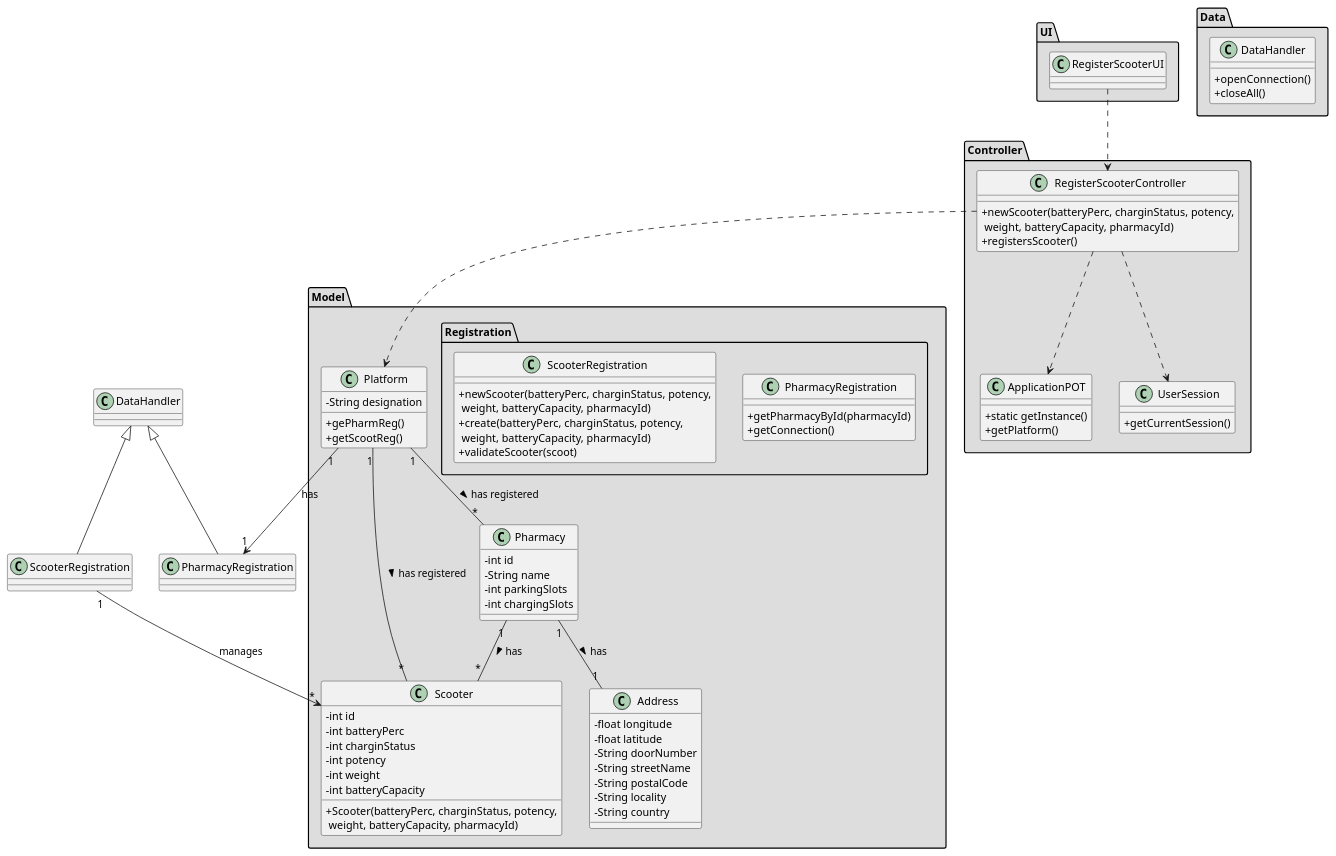
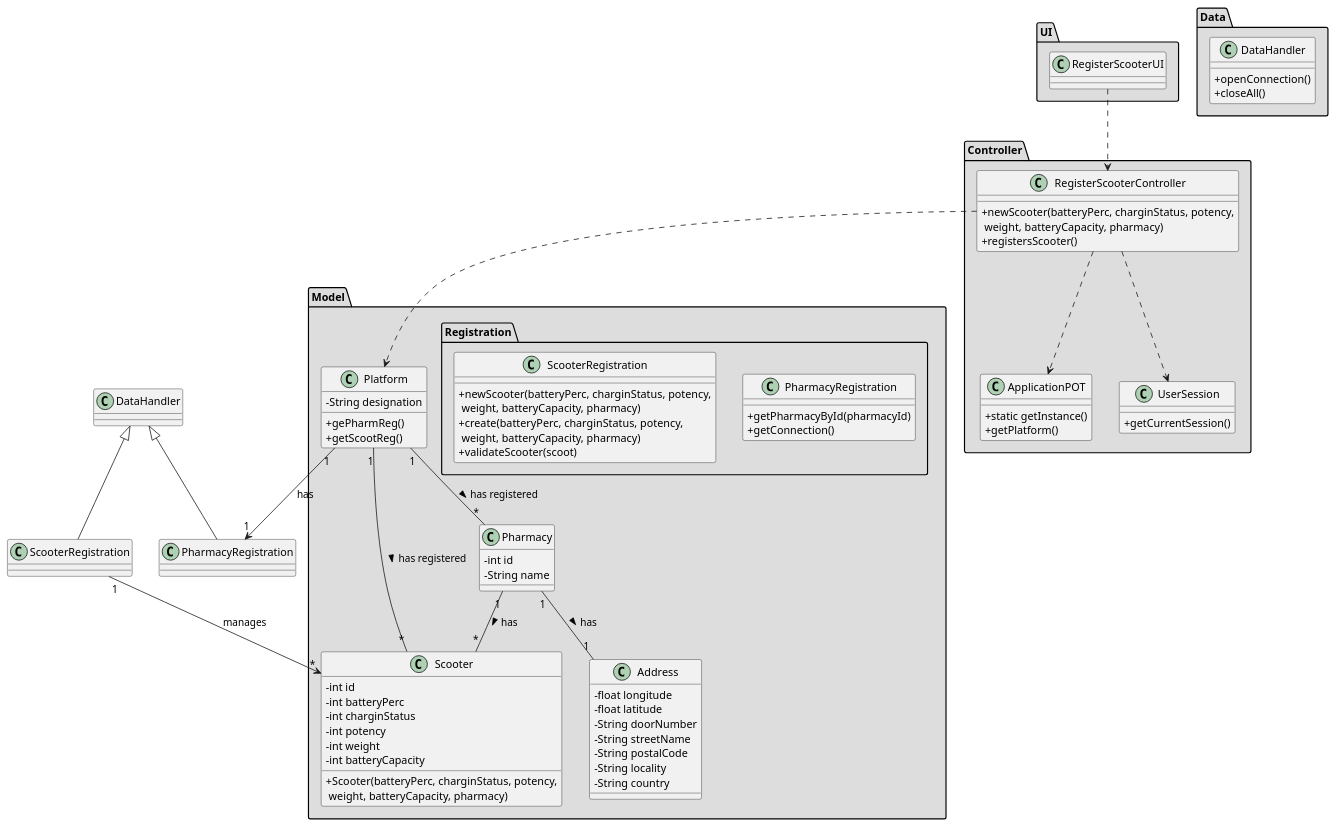
One commit to tiagoavcosta25/LAPR3 changed the diagram in docs/Iteration 1/Scooter Management/US21_RegisterScooter/US21_CD.puml. Above: the diagram before and after it, drawn with PlantUML. The commit also changed 10 other files, not shown here.

```diff
--- a/docs/Iteration 1/Scooter Management/US21_RegisterScooter/US21_CD.puml
+++ b/docs/Iteration 1/Scooter Management/US21_RegisterScooter/US21_CD.puml
@@ -1,104 +1,102 @@
 @startuml
 skinparam classAttributeIconSize 0
 
 package "UI" #DDDDDD {
 class RegisterScooterUI{
 
 }
 }
 
 
 package "Controller" #DDDDDD {
 class RegisterScooterController{
-+newScooter(batteryPerc, charginStatus, potency,\n weight, batteryCapacity, pharmacyId)
++newScooter(batteryPerc, charginStatus, potency,\n weight, batteryCapacity, pharmacy)
 +registersScooter()
 }
 
 class ApplicationPOT
 {
   +static getInstance()
   +getPlatform()
 }
 
 class UserSession
 {
   +getCurrentSession()
 }
 }
 
 
 package "Model" #DDDDDD {
 class Platform {
   -String designation
   +gePharmReg()
   +getScootReg()
 }
 package "Registration" #DDDDDD {
  class PharmacyRegistration{
      +getPharmacyById(pharmacyId)
      +getConnection()
  }
 
  class ScooterRegistration{
-      +newScooter(batteryPerc, charginStatus, potency,\n weight, batteryCapacity, pharmacyId)
-      +create(batteryPerc, charginStatus, potency,\n weight, batteryCapacity, pharmacyId)
+      +newScooter(batteryPerc, charginStatus, potency,\n weight, batteryCapacity, pharmacy)
+      +create(batteryPerc, charginStatus, potency,\n weight, batteryCapacity, pharmacy)
       +validateScooter(scoot)
   }
  }
 }
 
 package "Model" #DDDDDD {
 class Scooter{
   -int id
   -int batteryPerc
   -int charginStatus
   -int potency
   -int weight
   -int batteryCapacity
-  +Scooter(batteryPerc, charginStatus, potency,\n weight, batteryCapacity, pharmacyId)
+  +Scooter(batteryPerc, charginStatus, potency,\n weight, batteryCapacity, pharmacy)
 }
 
 class Address{
   -float longitude
   -float latitude
   -String doorNumber
   -String streetName
   -String postalCode
   -String locality
   -String country
 }
 
 class Pharmacy {
   -int id
   -String name
-  -int parkingSlots
-  -int chargingSlots
 }
 
 }
 
 
 package "Data" #DDDDDD {
 class DataHandler{
     +openConnection()
     +closeAll()
 }
 }
 
 class PharmacyRegistration extends DataHandler
 class ScooterRegistration extends DataHandler
 
 RegisterScooterUI ..> RegisterScooterController
 RegisterScooterController ..> Platform
 RegisterScooterController ..> ApplicationPOT
 RegisterScooterController ..> UserSession
 Platform "1" --> "1" PharmacyRegistration : has
 ScooterRegistration "1" --> "*" Scooter : manages
 
 Platform "1" -- "*" Pharmacy : has registered >
 Platform "1" -- "*" Scooter : has registered >
 
 Pharmacy "1" -- "*" Scooter : has >
 Pharmacy "1" -- "1" Address : has >
 
 @enduml
```
